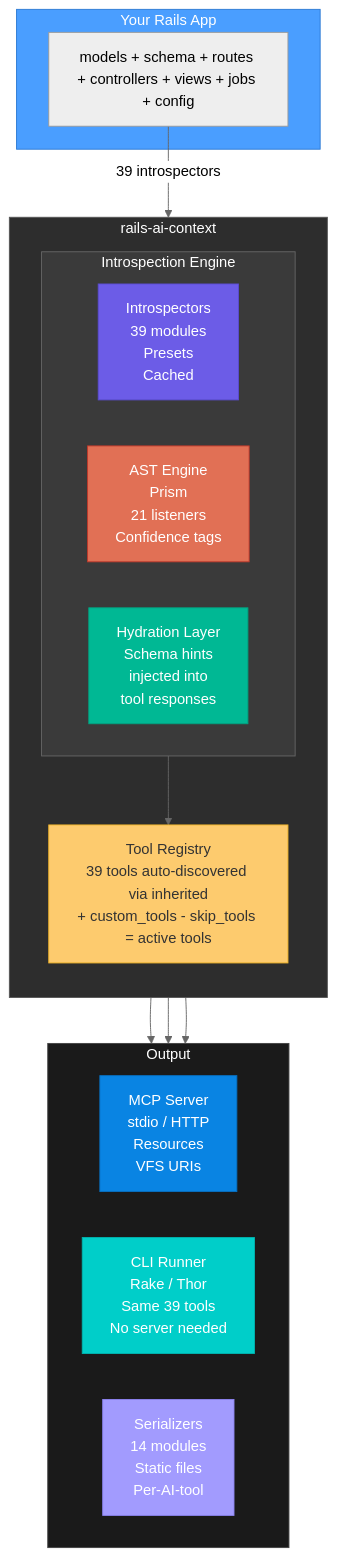
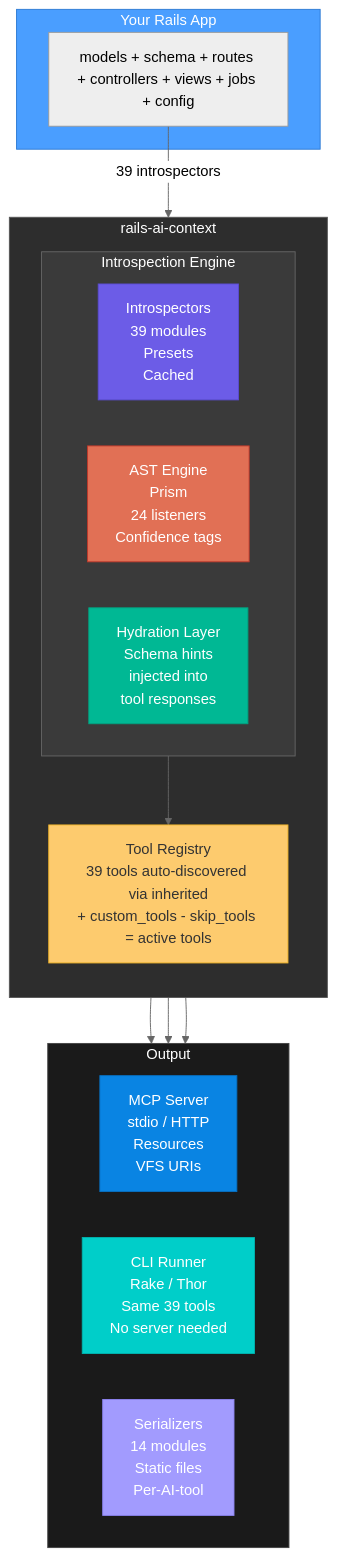
One commit to crisnahine/rails-ai-context changed the first of 3 diagrams in docs/ARCHITECTURE.md. Above: the diagram before and after it, drawn with Mermaid (neutral theme). The commit also changed 35 other files, not shown here.

````diff
--- a/docs/ARCHITECTURE.md
+++ b/docs/ARCHITECTURE.md
@@ -15,44 +15,44 @@
 ```mermaid
 graph TD
     subgraph app["Your Rails App"]
         A["models + schema + routes + controllers + views + jobs + config"]
     end
 
     A -->|"39 introspectors"| gem
 
     subgraph gem["rails-ai-context"]
         direction TB
 
         subgraph engine["Introspection Engine"]
             direction LR
             I["Introspectors\n39 modules\nPresets\nCached"]
-            AST["AST Engine\nPrism\n21 listeners\nConfidence tags"]
+            AST["AST Engine\nPrism\n24 listeners\nConfidence tags"]
             H["Hydration Layer\nSchema hints\ninjected into\ntool responses"]
         end
 
         engine --> R["Tool Registry\n39 tools auto-discovered via inherited\n+ custom_tools - skip_tools = active tools"]
     end
 
     R --> MCP
     R --> CLI
     R --> S
 
     subgraph outputs["Output"]
         direction LR
         MCP["MCP Server\nstdio / HTTP\nResources\nVFS URIs"]
         CLI["CLI Runner\nRake / Thor\nSame 39 tools\nNo server needed"]
         S["Serializers\n14 modules\nStatic files\nPer-AI-tool"]
     end
 
     style app fill:#4a9eff,stroke:#2d7ad4,color:#fff
     style gem fill:#2d2d2d,stroke:#555,color:#fff
     style engine fill:#3a3a3a,stroke:#666,color:#fff
     style outputs fill:#1a1a1a,stroke:#444,color:#fff
     style I fill:#6c5ce7,stroke:#5a4bd1,color:#fff
     style AST fill:#e17055,stroke:#c0392b,color:#fff
     style H fill:#00b894,stroke:#00a381,color:#fff
     style R fill:#fdcb6e,stroke:#f0b429,color:#333
     style MCP fill:#0984e3,stroke:#0770c2,color:#fff
     style CLI fill:#00cec9,stroke:#00b5b0,color:#fff
     style S fill:#a29bfe,stroke:#8c83f0,color:#fff
 ```
````
